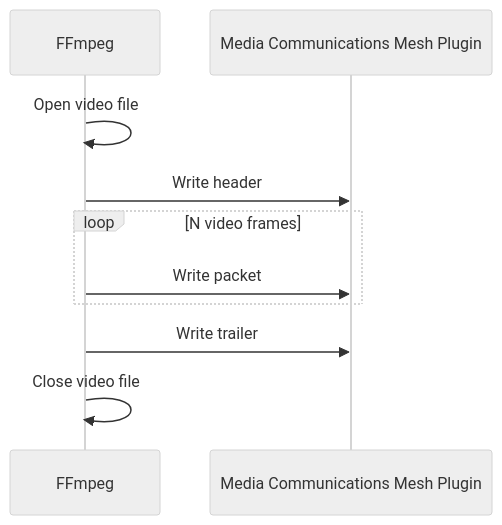
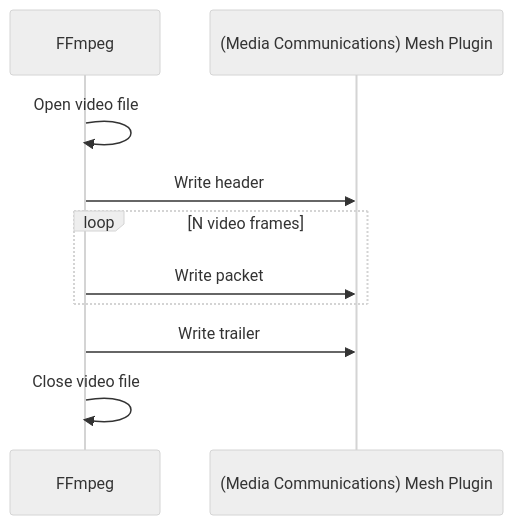
One commit to OpenVisualCloud/Media-Communications-Mesh changed the first of 4 diagrams in ffmpeg-plugin/TX_FLOW.md. Above: the diagram before and after it, drawn with Mermaid (neutral theme). The commit also changed other lines of this file and 13 other files, not shown here.

````diff
--- a/ffmpeg-plugin/TX_FLOW.md
+++ b/ffmpeg-plugin/TX_FLOW.md
@@ -7,13 +7,13 @@
 ```mermaid
 sequenceDiagram
    participant ffmpeg as FFmpeg
-   participant mux as Media Communications Mesh Plugin
+   participant mux as (Media Communications) Mesh Plugin
 
    ffmpeg ->> ffmpeg: Open video file
    ffmpeg ->> mux: Write header
    loop N video frames
    ffmpeg ->> mux: Write packet
    end
    ffmpeg ->> mux: Write trailer
    ffmpeg ->> ffmpeg: Close video file
 ```
````
